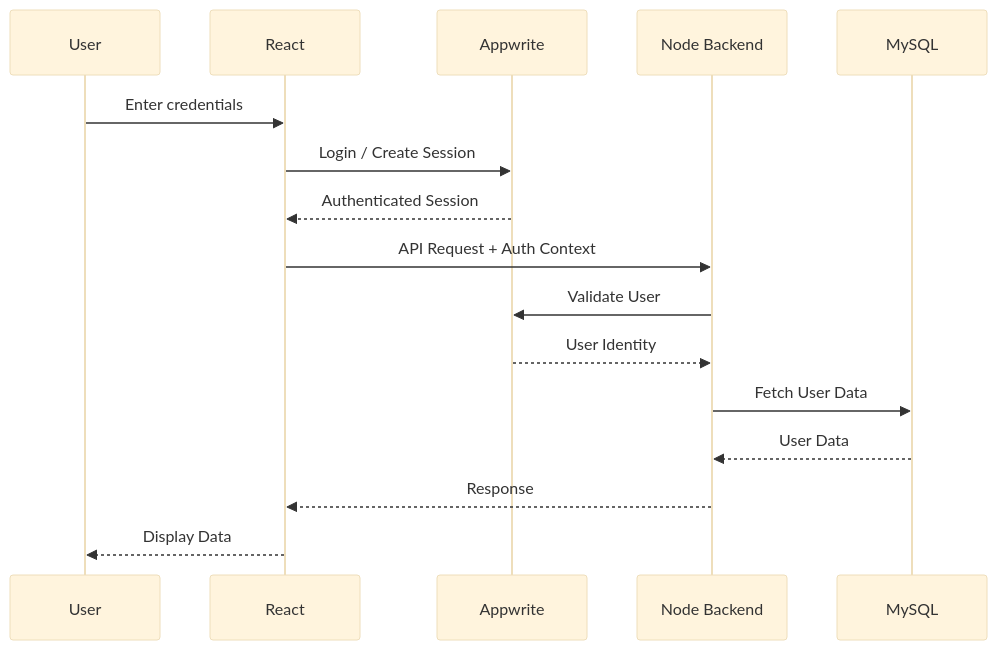
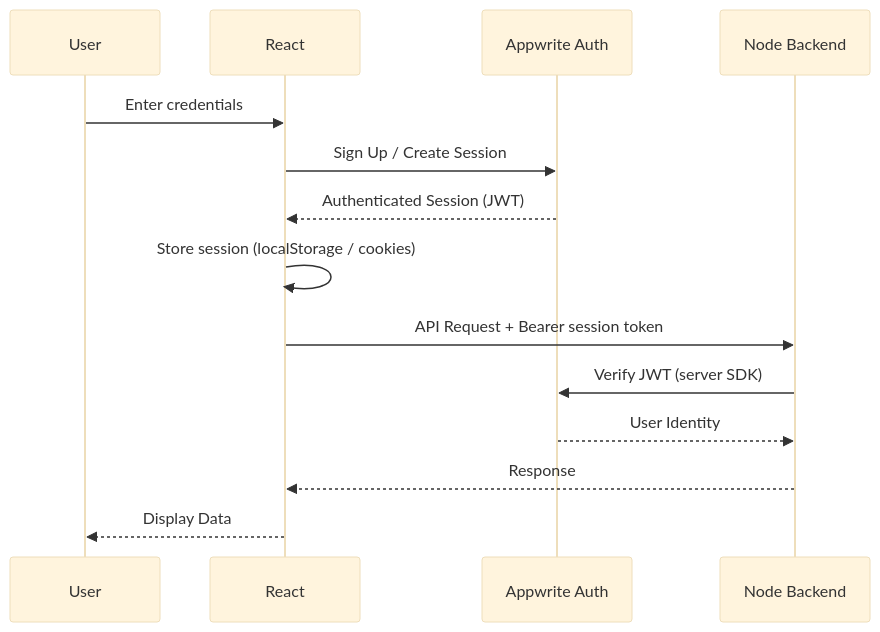
Before and after one commit to Jiteshhh08/SkillSaarthi: the first of 3 diagrams in docs/main_architecture.md, drawn with Mermaid (base theme). The commit also changed other lines of this file and 3 other files, not shown here.

````diff
--- a/docs/main_architecture.md
+++ b/docs/main_architecture.md
@@ -255,20 +265,18 @@
 ```mermaid
 sequenceDiagram
 
     participant U as User
     participant FE as React
-    participant AW as Appwrite
+    participant AW as Appwrite Auth
     participant API as Node Backend
-    participant DB as MySQL
 
     U->>FE: Enter credentials
-    FE->>AW: Login / Create Session
-    AW-->>FE: Authenticated Session
-    FE->>API: API Request + Auth Context
-    API->>AW: Validate User
+    FE->>AW: Sign Up / Create Session
+    AW-->>FE: Authenticated Session (JWT)
+    FE->>FE: Store session (localStorage / cookies)
+    FE->>API: API Request + Bearer session token
+    API->>AW: Verify JWT (server SDK)
     AW-->>API: User Identity
-    API->>DB: Fetch User Data
-    DB-->>API: User Data
     API-->>FE: Response
     FE-->>U: Display Data
 ```
````
